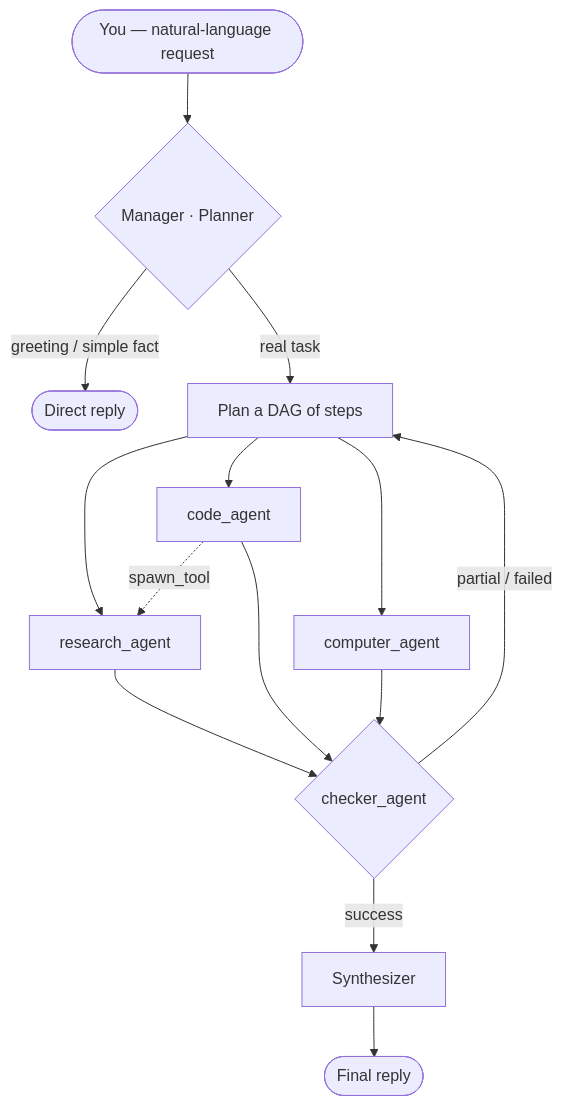
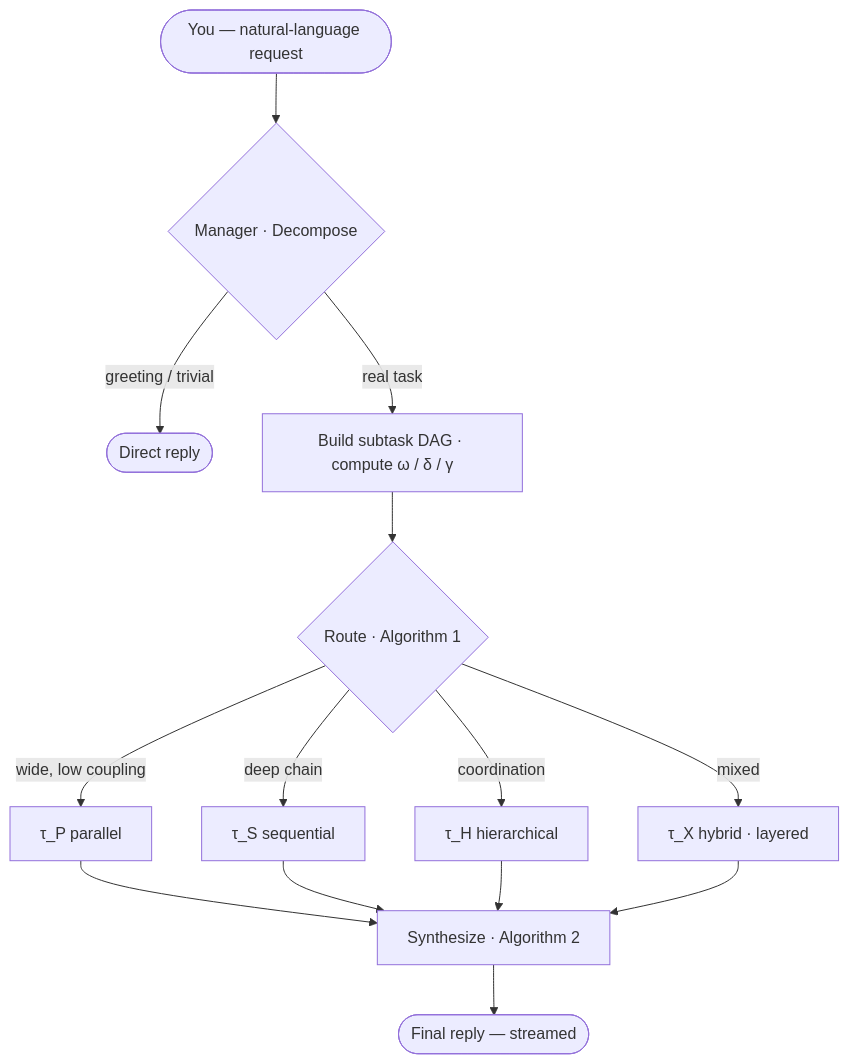
The first of 5 diagrams in architecture/README.md (Arsh910/Anet), drawn with Mermaid before and after one commit. The commit also changed other lines of this file and 20 other files, not shown here.

````diff
--- a/architecture/README.md
+++ b/architecture/README.md
@@ -16,16 +18,16 @@
 ```mermaid
 flowchart TD
-    U(["You — natural-language request"]) --> M{"Manager · Planner"}
-    M -->|"greeting / simple fact"| R(["Direct reply"])
-    M -->|"real task"| P["Plan a DAG of steps"]
-    P --> A1["research_agent"]
-    P --> A2["code_agent"]
-    P --> A3["computer_agent"]
-    A1 --> C{"checker_agent"}
-    A2 --> C
-    A3 --> C
-    C -->|"partial / failed"| P
-    C -->|"success"| S["Synthesizer"]
-    S --> O(["Final reply"])
-    A2 -. spawn_tool .-> A1
+    U(["You — natural-language request"]) --> D{"Manager · Decompose"}
+    D -->|"greeting / trivial"| R(["Direct reply"])
+    D -->|"real task"| G["Build subtask DAG · compute ω / δ / γ"]
+    G --> RT{"Route · Algorithm 1"}
+    RT -->|"wide, low coupling"| P["τ_P parallel"]
+    RT -->|"deep chain"| SQ["τ_S sequential"]
+    RT -->|"coordination"| H["τ_H hierarchical"]
+    RT -->|"mixed"| X["τ_X hybrid · layered"]
+    P --> SY["Synthesize · Algorithm 2"]
+    SQ --> SY
+    H --> SY
+    X --> SY
+    SY --> O(["Final reply — streamed"])
 ```
````
